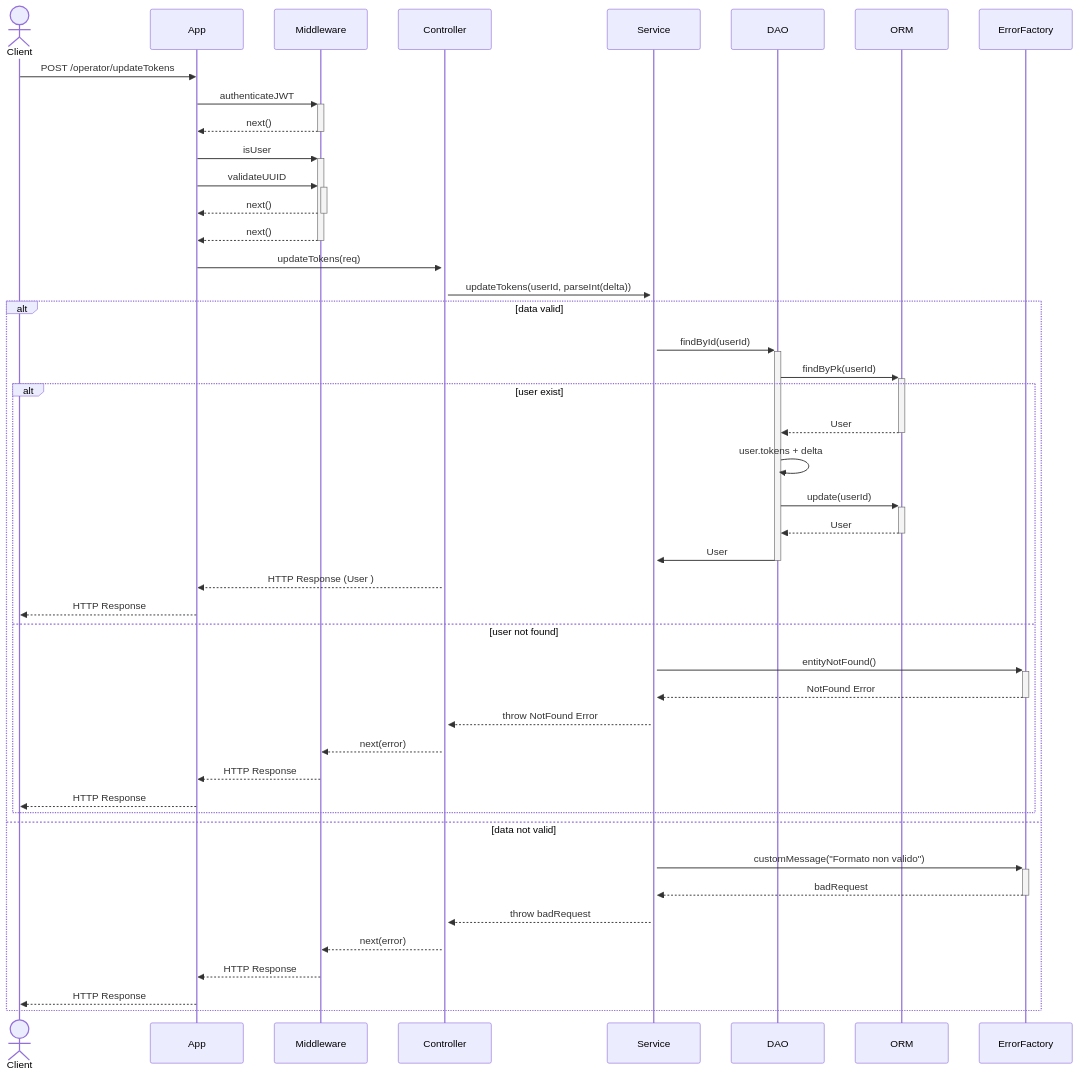
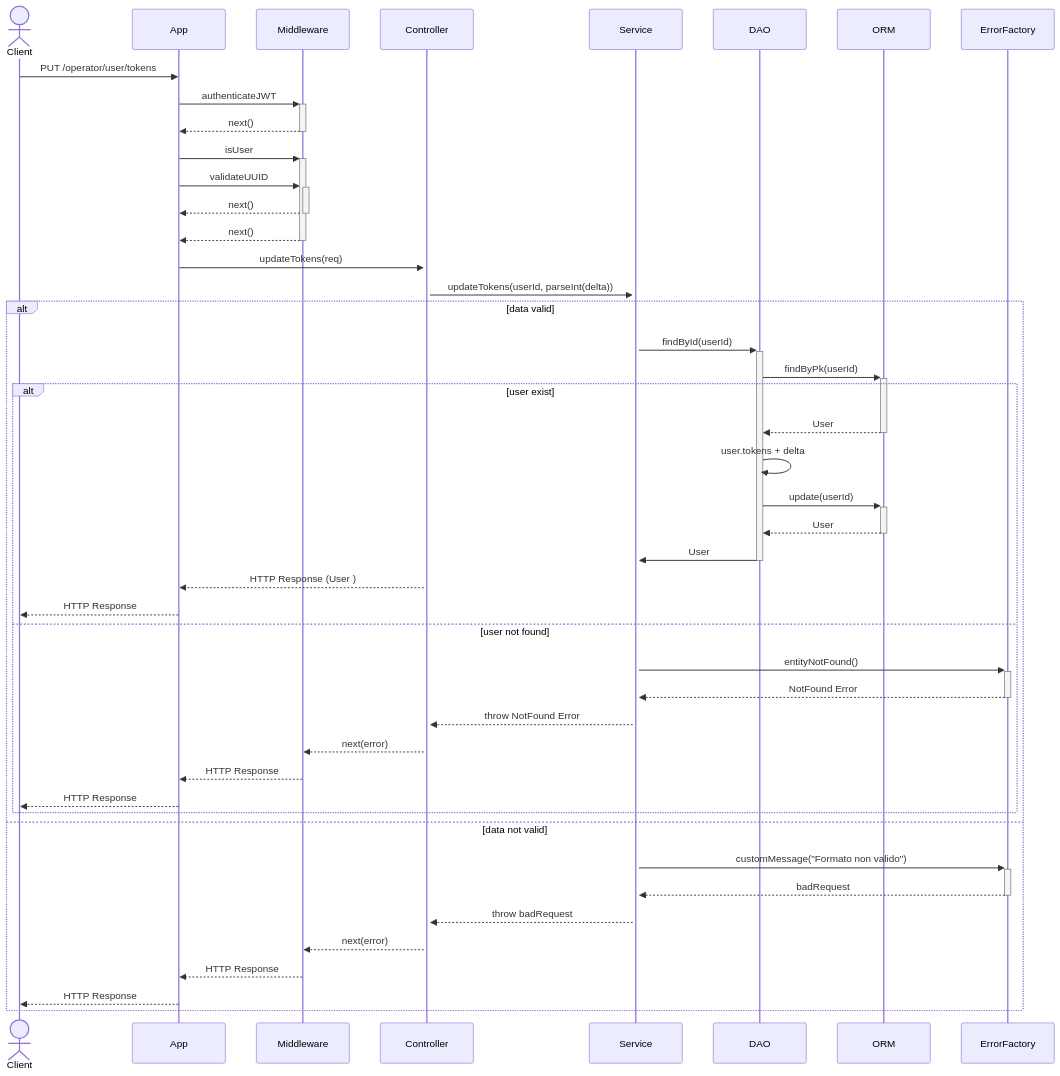
One commit to niccolociotti/parking_PA changed diagram 22 of 22 in README.md. Above: the diagram before and after it, drawn with Mermaid. The commit also changed other lines of this file, not shown here.

````diff
--- a/README.md
+++ b/README.md
@@ -1282,50 +1280,50 @@
 ```mermaid
 sequenceDiagram
     actor Client
     participant App
     participant Middleware
     participant Controller
     participant Service
     participant DAO
     participant ORM
     participant ErrorFactory
 
-    Client->>App: POST  /operator/updateTokens
+    Client->>App: PUT  /operator/user/tokens
     App->>+Middleware: authenticateJWT
     Middleware-->>-App: next()
     App->>+Middleware: isUser
     App->>+Middleware: validateUUID
     Middleware-->>-App: next()
     Middleware-->>-App: next()
     App->>+Controller: updateTokens(req)
     Controller->>+Service: updateTokens(userId, parseInt(delta))
     alt data valid
       Service->>+DAO: findById(userId)
       DAO->>+ORM: findByPk(userId)
       alt user exist
         ORM-->>-DAO: User
         DAO->>DAO: user.tokens + delta
         DAO->>+ORM: update(userId)
         ORM-->>-DAO: User
         DAO->>-Service: User
         Controller-->>App: HTTP Response (User )
         App-->>Client: HTTP Response
 
       else user not found
         Service->>+ErrorFactory: entityNotFound()
         ErrorFactory-->>-Service: NotFound Error
         Service-->>Controller: throw NotFound Error
         Controller-->>Middleware: next(error)
         Middleware-->>App: HTTP Response
         App-->>Client: HTTP Response
       end
 
     else data not valid
       Service->>+ErrorFactory: customMessage("Formato non valido")
       ErrorFactory-->>-Service: badRequest
       Service-->>Controller: throw badRequest
       Controller-->>Middleware: next(error)
       Middleware-->>App: HTTP Response
       App-->>Client: HTTP Response
     end
 ```
````
